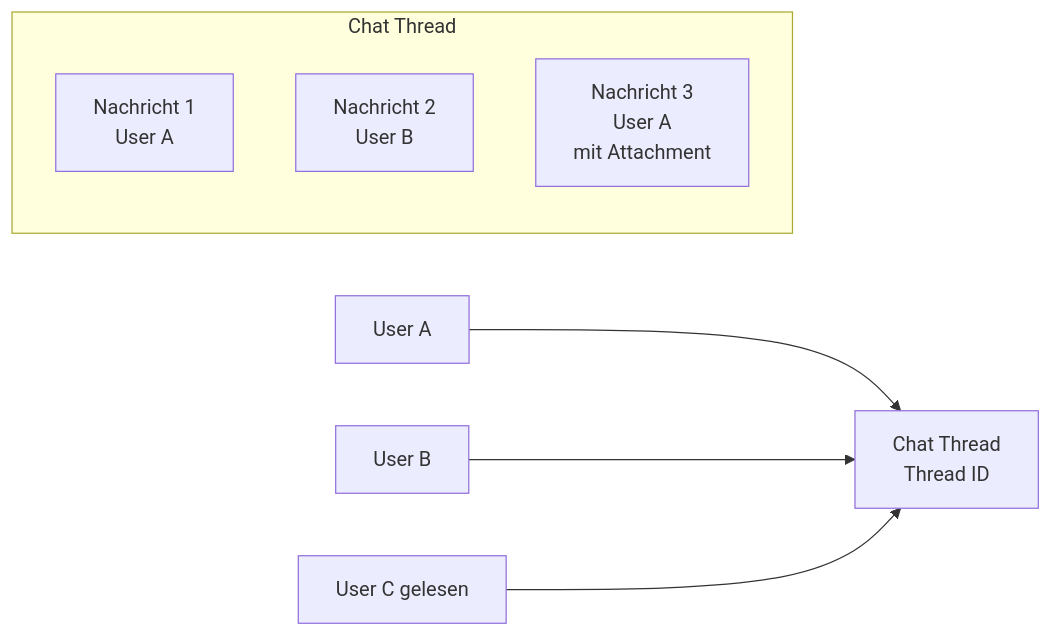
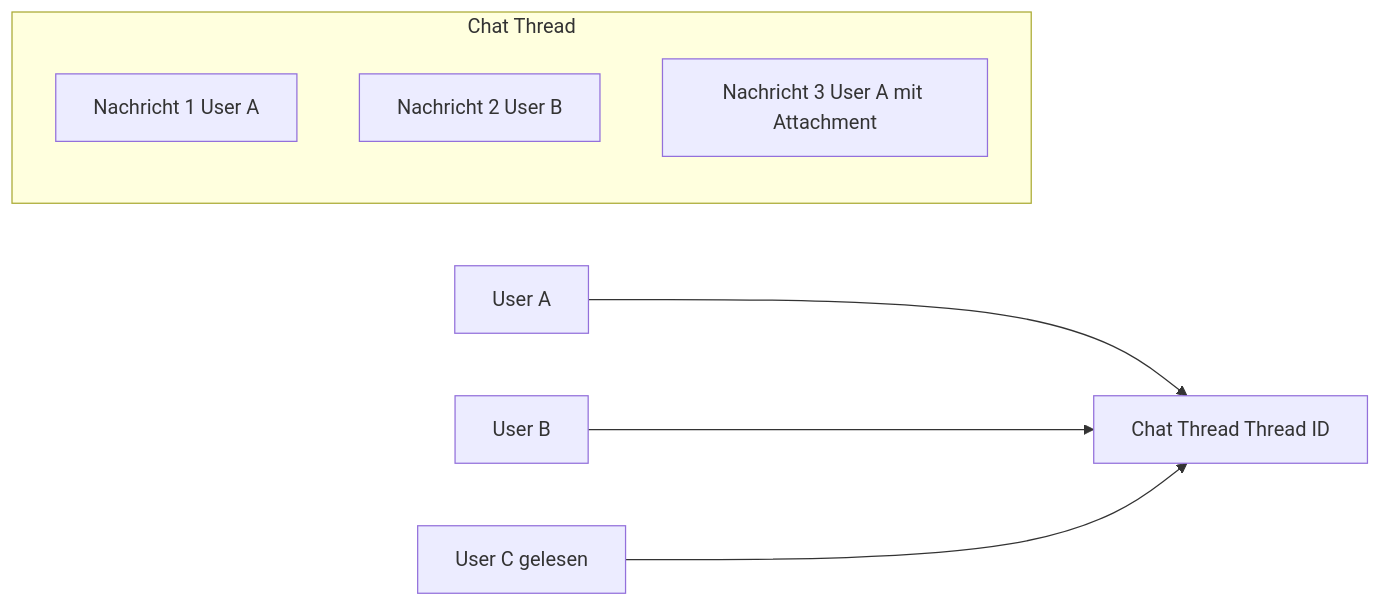
One commit to SoniiiT/notes-n-docs changed the fourth of 6 diagrams in Microsoft 365/Azure/Integration und Messaging/Azure Communication Services.md. Above: the diagram before and after it, drawn with Mermaid. The commit also changed other lines of this file and 124 other files, not shown here.

First line of the commit message:
fix: Entferne \n aus allen Mermaid-Diagrammen (125 Dateien)

````diff
--- a/Microsoft 365/Azure/Integration und Messaging/Azure Communication Services.md
+++ b/Microsoft 365/Azure/Integration und Messaging/Azure Communication Services.md
@@ -154,11 +154,11 @@
 ```mermaid
 flowchart LR
     subgraph Chat Thread
-        M1[Nachricht 1\nUser A]
-        M2[Nachricht 2\nUser B]
-        M3[Nachricht 3\nUser A\nmit Attachment]
+        M1[Nachricht 1 User A]
+        M2[Nachricht 2 User B]
+        M3[Nachricht 3 User A mit Attachment]
     end
-    UA[User A] --> CT[Chat Thread\nThread ID]
+    UA[User A] --> CT[Chat Thread Thread ID]
     UB[User B] --> CT
     UC[User C gelesen] --> CT
 ```
````
